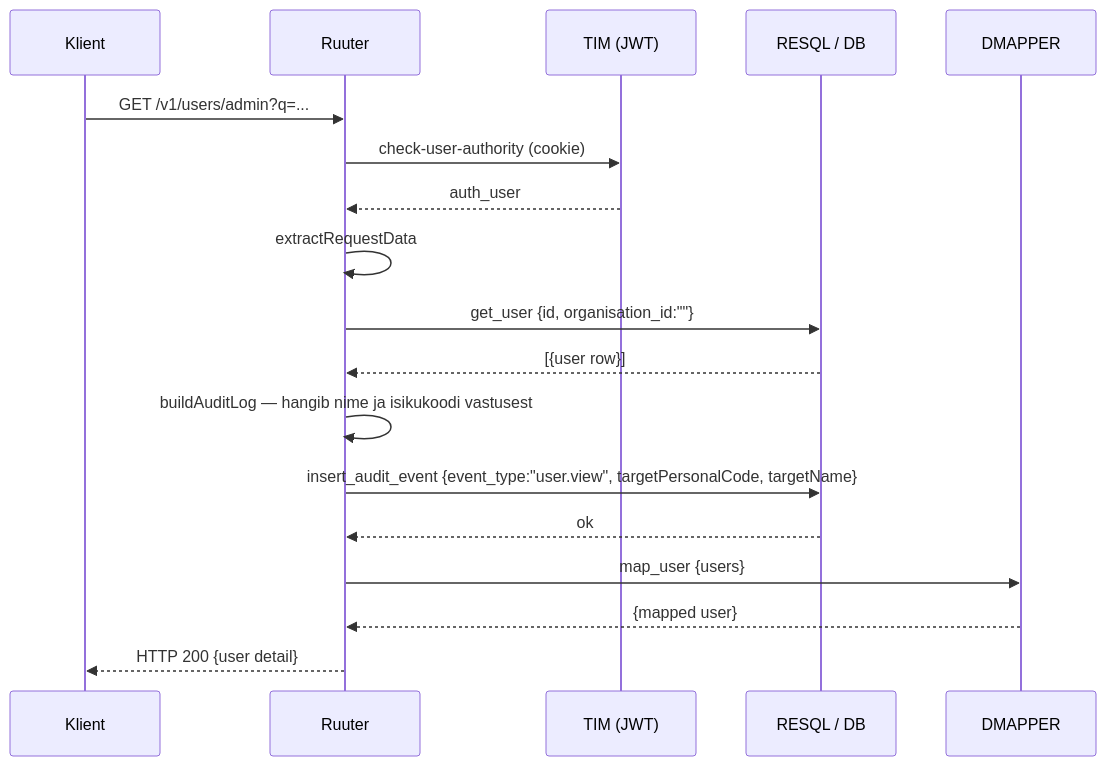
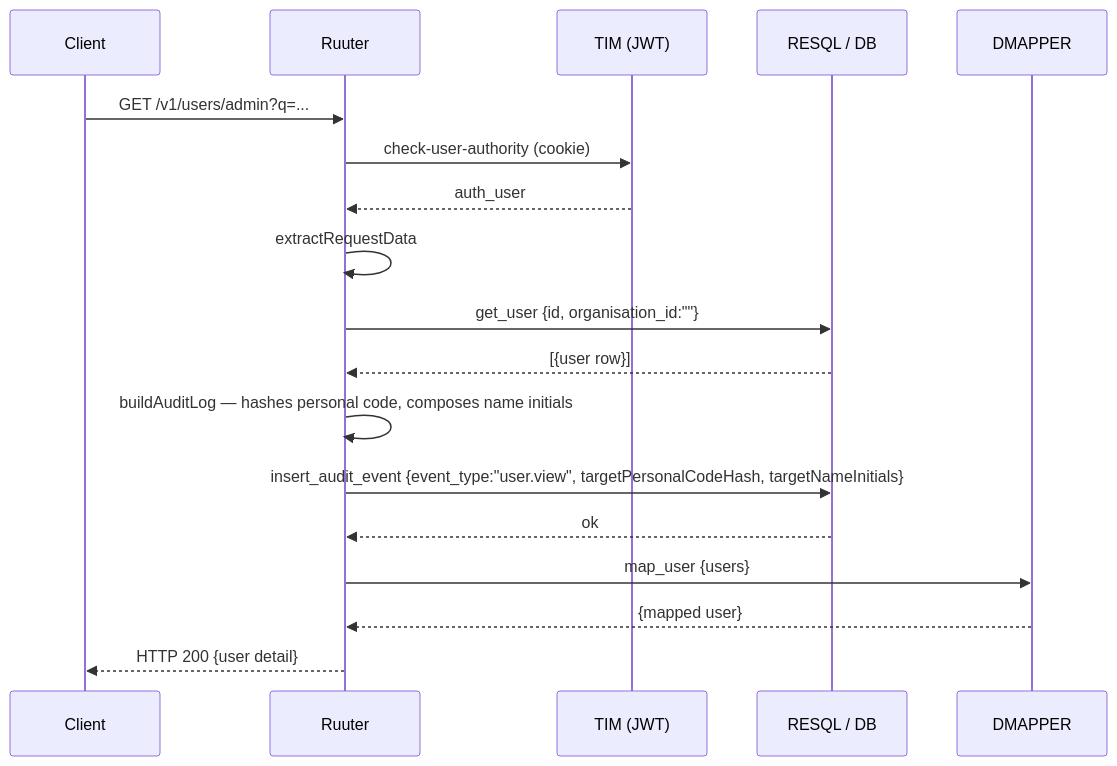
Before and after one commit to kemit-ee/ljvis-2: the third of 4 diagrams in docs/audit-logging.md, drawn with Mermaid. The commit also changed other lines of this file, not shown here.

First line of the commit message:
fix(audit): hash personal codes in audit-logging examples

````diff
--- a/docs/audit-logging.md
+++ b/docs/audit-logging.md
@@ -223,21 +223,21 @@
 ```mermaid
 sequenceDiagram
-    participant K as Klient
+    participant K as Client
     participant R as Ruuter
     participant T as TIM (JWT)
     participant DB as RESQL / DB
     participant DM as DMAPPER
 
     K->>R: GET /v1/users/admin?q=...
     R->>T: check-user-authority (cookie)
     T-->>R: auth_user
     R->>R: extractRequestData
     R->>DB: get_user {id, organisation_id:""}
     DB-->>R: [{user row}]
-    R->>R: buildAuditLog — hangib nime ja isikukoodi vastusest
-    R->>DB: insert_audit_event {event_type:"user.view", targetPersonalCode, targetName}
+    R->>R: buildAuditLog — hashes personal code, composes name initials
+    R->>DB: insert_audit_event {event_type:"user.view", targetPersonalCodeHash, targetNameInitials}
     DB-->>R: ok
     R->>DM: map_user {users}
     DM-->>R: {mapped user}
     R-->>K: HTTP 200 {user detail}
 ```
````
